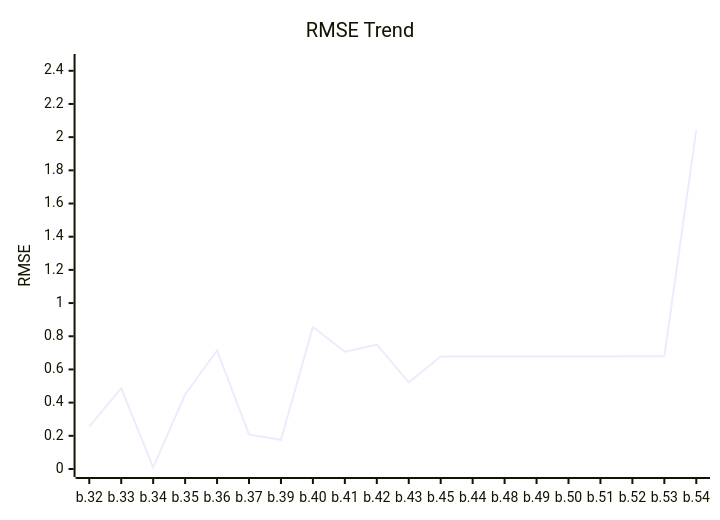
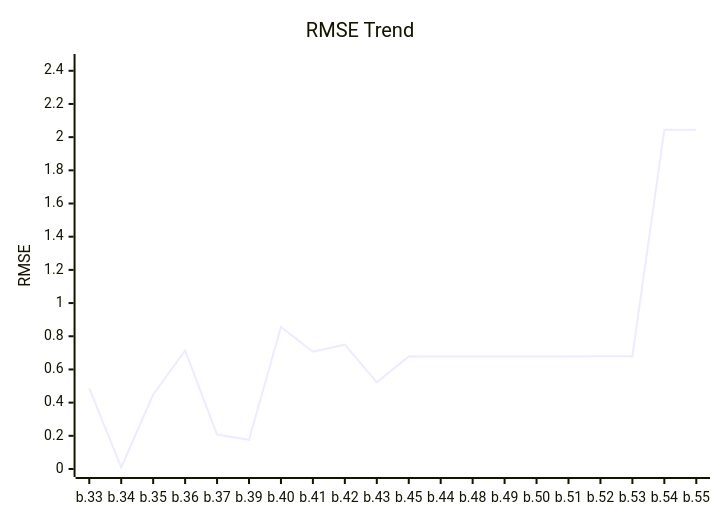
Before and after one commit to timo-eberl/tracy: the first of 2 diagrams in README.md, drawn with Mermaid. The commit also changed other lines of this file and 3 other files, not shown here.

````diff
--- a/README.md
+++ b/README.md
@@ -13,7 +13,7 @@
 ```mermaid
 xychart-beta
     title "RMSE Trend"
-    x-axis ["b.32", "b.33", "b.34", "b.35", "b.36", "b.37", "b.39", "b.40", "b.41", "b.42", "b.43", "b.45", "b.44", "b.48", "b.49", "b.50", "b.51", "b.52", "b.53", "b.54"]
+    x-axis ["b.33", "b.34", "b.35", "b.36", "b.37", "b.39", "b.40", "b.41", "b.42", "b.43", "b.45", "b.44", "b.48", "b.49", "b.50", "b.51", "b.52", "b.53", "b.54", "b.55"]
     y-axis "RMSE" 0 --> 2.4529
-    line [0.2549, 0.4864, 0.0098, 0.4489, 0.7142, 0.2079, 0.1763, 0.8557, 0.7071, 0.749, 0.5226, 0.677836, 0.677984, 0.678, 0.678, 0.678, 0.6778, 0.6796, 0.6796, 2.0441]
+    line [0.4864, 0.0098, 0.4489, 0.7142, 0.2079, 0.1763, 0.8557, 0.7071, 0.749, 0.5226, 0.677836, 0.677984, 0.678, 0.678, 0.678, 0.6778, 0.6796, 0.6796, 2.0441, 2.0441]
 ```
````
